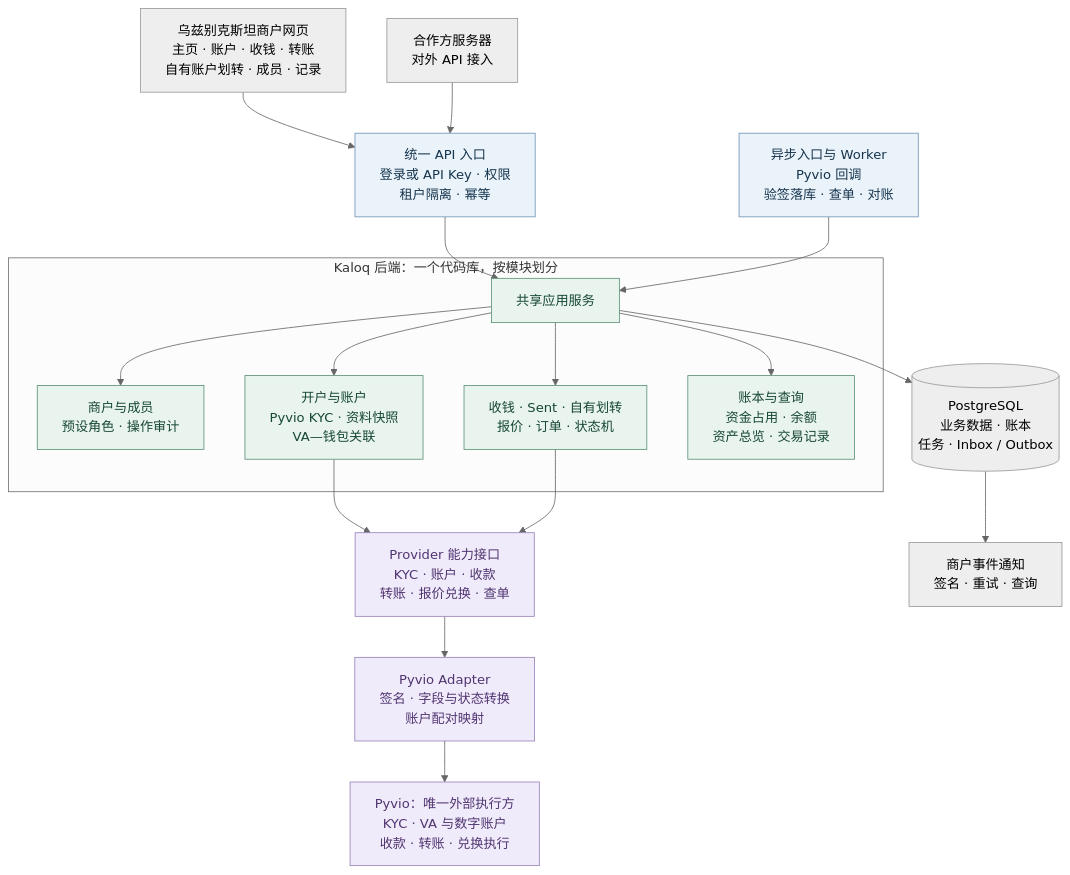
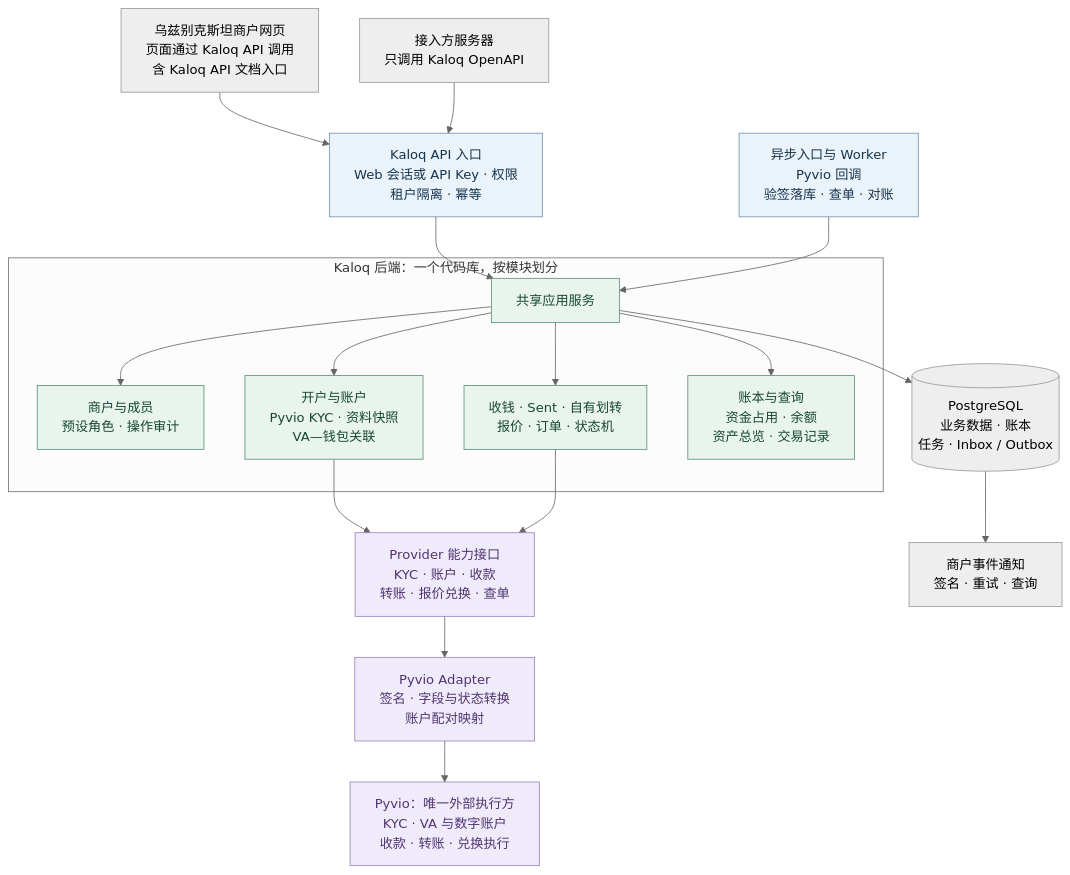
Before and after one commit to chenguohao/kaloq: the diagram in docs/v1/detailed-requirements.md, drawn with Mermaid (neutral theme). The commit also changed other lines of this file and 2 other files, not shown here.

Commit message:
docs: specify Kaloq API boundary and docs

````diff
--- a/docs/v1/detailed-requirements.md
+++ b/docs/v1/detailed-requirements.md
@@ -65,43 +67,43 @@
 ```mermaid
 flowchart TB
-  WEB[乌兹别克斯坦商户网页<br/>主页 · 账户 · 收钱 · 转账<br/>自有账户划转 · 成员 · 记录]
-  CLIENT[合作方服务器<br/>对外 API 接入]
-  ENTRY[统一 API 入口<br/>登录或 API Key · 权限<br/>租户隔离 · 幂等]
+  WEB[乌兹别克斯坦商户网页<br/>页面通过 Kaloq API 调用<br/>含 Kaloq API 文档入口]
+  CLIENT[接入方服务器<br/>只调用 Kaloq OpenAPI]
+  ENTRY[Kaloq API 入口<br/>Web 会话或 API Key · 权限<br/>租户隔离 · 幂等]
   ASYNC[异步入口与 Worker<br/>Pyvio 回调<br/>验签落库 · 查单 · 对账]
 
   subgraph APP[Kaloq 后端：一个代码库，按模块划分]
     SERVICE[共享应用服务]
     IAM[商户与成员<br/>预设角色 · 操作审计]
     ACCOUNT[开户与账户<br/>Pyvio KYC · 资料快照<br/>VA—钱包关联]
     FLOW[收钱 · Sent · 自有划转<br/>报价 · 订单 · 状态机]
     BAL[账本与查询<br/>资金占用 · 余额<br/>资产总览 · 交易记录]
   end
 
   PAYPORT[Provider 能力接口<br/>KYC · 账户 · 收款<br/>转账 · 报价兑换 · 查单]
   ADAPTER[Pyvio Adapter<br/>签名 · 字段与状态转换<br/>账户配对映射]
   PY[Pyvio：唯一外部执行方<br/>KYC · VA 与数字账户<br/>收款 · 转账 · 兑换执行]
   DB[(PostgreSQL<br/>业务数据 · 账本<br/>任务 · Inbox / Outbox)]
   NOTIFY[商户事件通知<br/>签名 · 重试 · 查询]
 
   WEB --> ENTRY
   CLIENT --> ENTRY
   ENTRY --> SERVICE
   ASYNC --> SERVICE
   SERVICE --> IAM
   SERVICE --> ACCOUNT
   SERVICE --> FLOW
   SERVICE --> BAL
   ACCOUNT --> PAYPORT
   FLOW --> PAYPORT
   PAYPORT --> ADAPTER
   ADAPTER --> PY
   SERVICE --> DB
   DB --> NOTIFY
 
   classDef entry fill:#eaf2fa,stroke:#7094b5,color:#16354d;
   classDef core fill:#e8f4ed,stroke:#5a9276,color:#174735;
   classDef integration fill:#f0ebfa,stroke:#9982bb,color:#503571;
   class ENTRY,ASYNC entry;
   class SERVICE,IAM,ACCOUNT,FLOW,BAL core;
   class PAYPORT,ADAPTER,PY integration;
 ```
````
